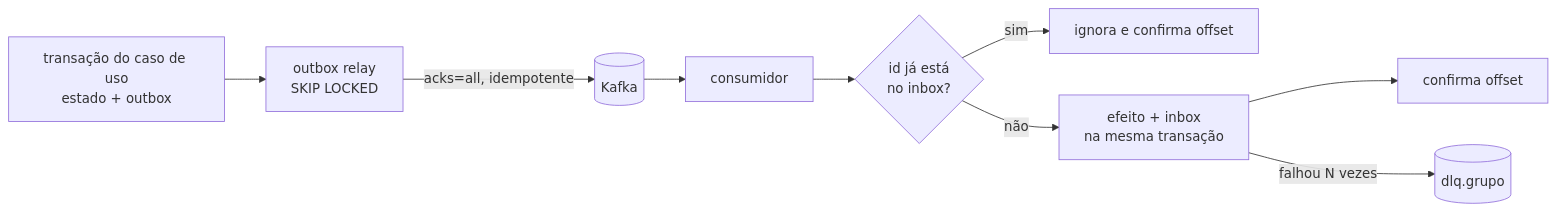
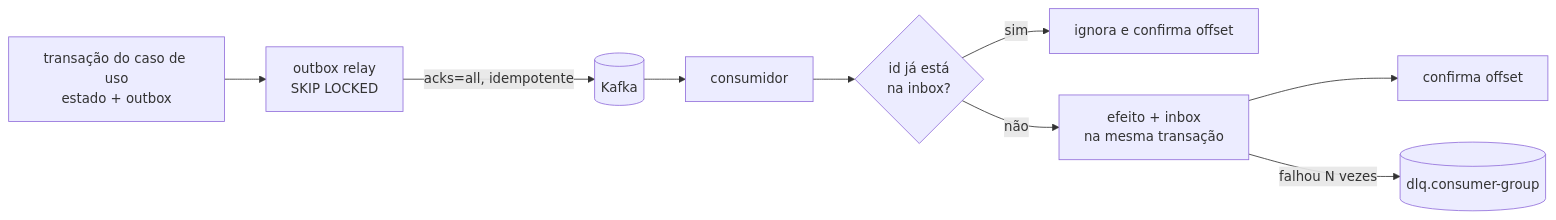
One commit to flaviotinococoutinho/Tucano_vibe_chaos changed the diagram in docs/architecture/events.md. Above: the diagram before and after it, drawn with Mermaid. The commit also changed other lines of this file and 20 other files, not shown here.

Commit message:
docs: plainer wording in architecture docs and adrs

````diff
--- a/docs/architecture/events.md
+++ b/docs/architecture/events.md
@@ -68,10 +68,10 @@
 ```mermaid
 flowchart LR
   tx["transação do caso de uso<br/>estado + outbox"] --> relay["outbox relay<br/>SKIP LOCKED"]
   relay -- "acks=all, idempotente" --> kafka[("Kafka")]
   kafka --> consumer["consumidor"]
-  consumer --> inbox{"id já está<br/>no inbox?"}
+  consumer --> inbox{"id já está<br/>na inbox?"}
   inbox -- sim --> skip["ignora e confirma offset"]
   inbox -- não --> handle["efeito + inbox<br/>na mesma transação"] --> commit["confirma offset"]
-  handle -- "falhou N vezes" --> dlq[("dlq.grupo")]
+  handle -- "falhou N vezes" --> dlq[("dlq.consumer-group")]
 ```
````
